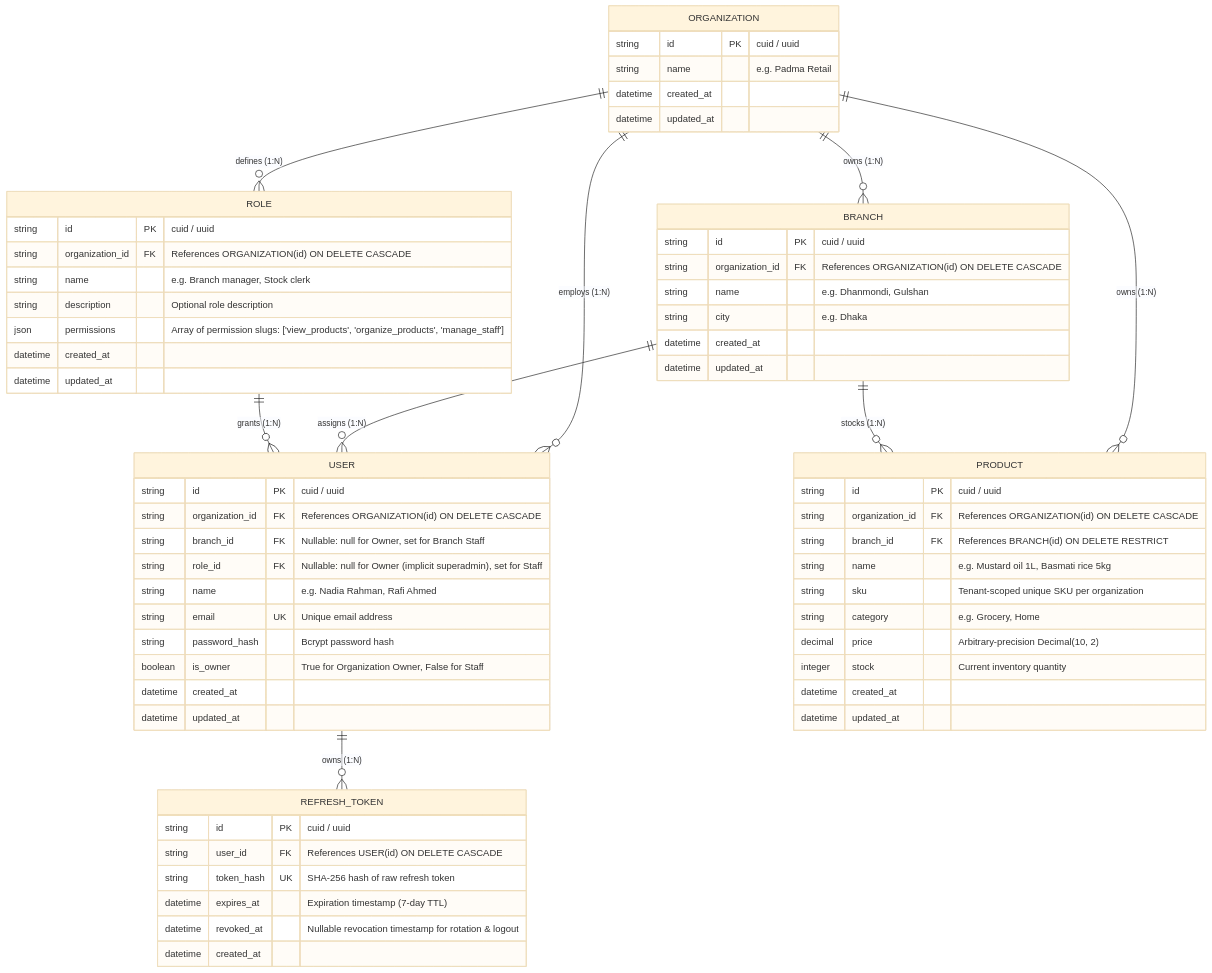
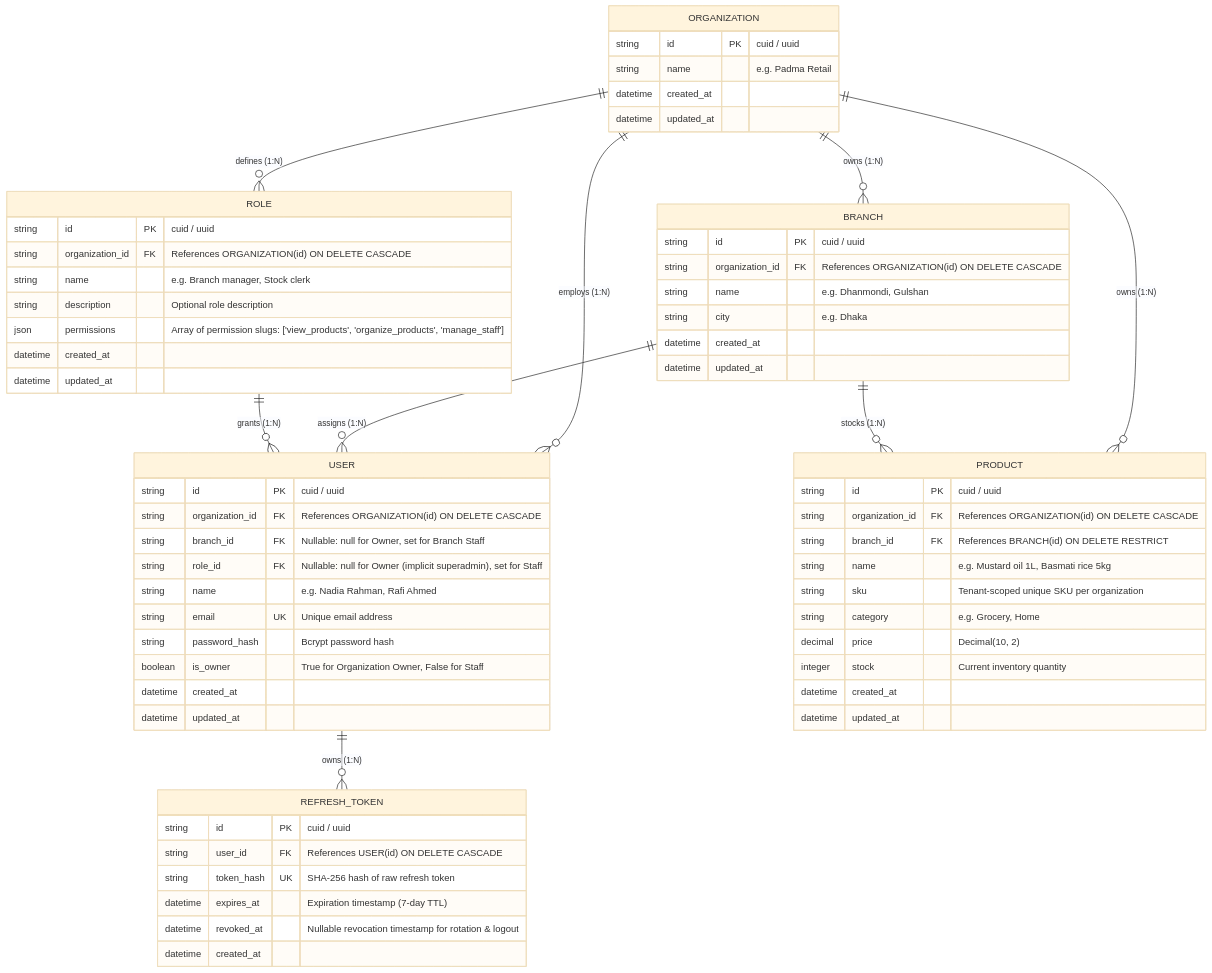
Before and after one commit to sheikhlimon/branchwork-backend: the second of 2 diagrams in docs/architecture.md, drawn with Mermaid (base theme). The commit also changed other lines of this file and 2 other files, not shown here.

Commit message:
docs: deslop architecture and readme, streamline agents guidelines

````diff
--- a/docs/architecture.md
+++ b/docs/architecture.md
@@ -28,72 +28,72 @@
 ```mermaid
 erDiagram
     ORGANIZATION ||--o{ BRANCH : "owns (1:N)"
     ORGANIZATION ||--o{ ROLE : "defines (1:N)"
     ORGANIZATION ||--o{ USER : "employs (1:N)"
     ORGANIZATION ||--o{ PRODUCT : "owns (1:N)"
     BRANCH ||--o{ USER : "assigns (1:N)"
     BRANCH ||--o{ PRODUCT : "stocks (1:N)"
     ROLE ||--o{ USER : "grants (1:N)"
     USER ||--o{ REFRESH_TOKEN : "owns (1:N)"
 
     ORGANIZATION {
         string id PK "cuid / uuid"
         string name "e.g. Padma Retail"
         datetime created_at
         datetime updated_at
     }
 
     BRANCH {
         string id PK "cuid / uuid"
         string organization_id FK "References ORGANIZATION(id) ON DELETE CASCADE"
         string name "e.g. Dhanmondi, Gulshan"
         string city "e.g. Dhaka"
         datetime created_at
         datetime updated_at
     }
 
     ROLE {
         string id PK "cuid / uuid"
         string organization_id FK "References ORGANIZATION(id) ON DELETE CASCADE"
         string name "e.g. Branch manager, Stock clerk"
         string description "Optional role description"
         json permissions "Array of permission slugs: ['view_products', 'organize_products', 'manage_staff']"
         datetime created_at
         datetime updated_at
     }
 
     USER {
         string id PK "cuid / uuid"
         string organization_id FK "References ORGANIZATION(id) ON DELETE CASCADE"
         string branch_id FK "Nullable: null for Owner, set for Branch Staff"
         string role_id FK "Nullable: null for Owner (implicit superadmin), set for Staff"
         string name "e.g. Nadia Rahman, Rafi Ahmed"
         string email UK "Unique email address"
         string password_hash "Bcrypt password hash"
         boolean is_owner "True for Organization Owner, False for Staff"
         datetime created_at
         datetime updated_at
     }
 
     REFRESH_TOKEN {
         string id PK "cuid / uuid"
         string user_id FK "References USER(id) ON DELETE CASCADE"
         string token_hash UK "SHA-256 hash of raw refresh token"
         datetime expires_at "Expiration timestamp (7-day TTL)"
         datetime revoked_at "Nullable revocation timestamp for rotation & logout"
         datetime created_at
     }
 
     PRODUCT {
         string id PK "cuid / uuid"
         string organization_id FK "References ORGANIZATION(id) ON DELETE CASCADE"
         string branch_id FK "References BRANCH(id) ON DELETE RESTRICT"
         string name "e.g. Mustard oil 1L, Basmati rice 5kg"
         string sku "Tenant-scoped unique SKU per organization"
         string category "e.g. Grocery, Home"
-        decimal price "Arbitrary-precision Decimal(10, 2)"
+        decimal price "Decimal(10, 2)"
         integer stock "Current inventory quantity"
         datetime created_at
         datetime updated_at
     }
 ```
````
